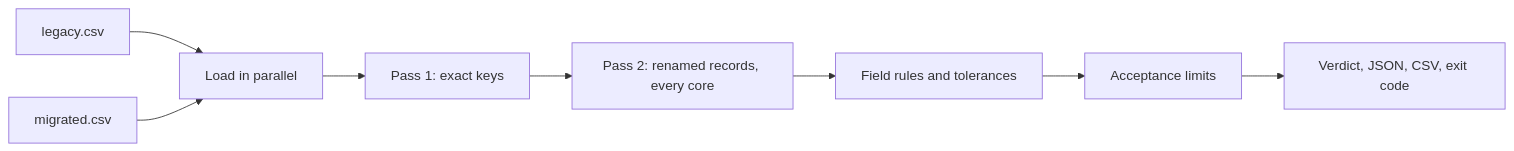
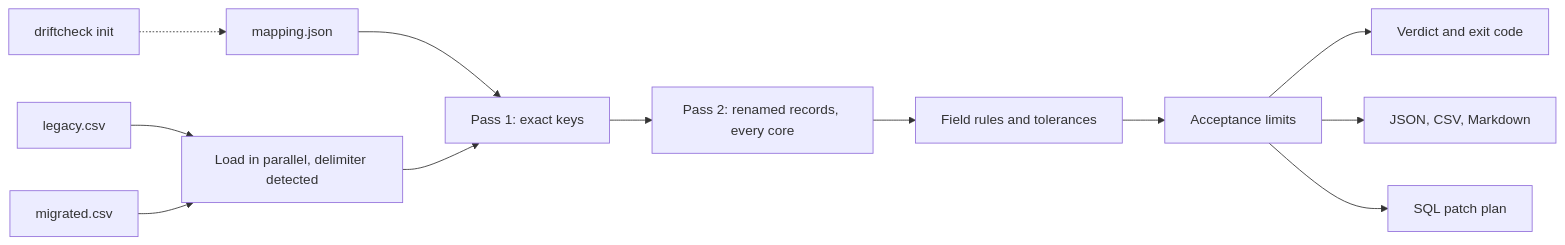
Before and after one commit to artyom129/driftcheck: the diagram in README.md, drawn with Mermaid. The commit also changed other lines of this file and 13 other files, not shown here.

First line of the commit message:
driftcheck 0.2.0: init, per-field breakdown, SQL patch plan, Markdown summary, delimiter detection

````diff
--- a/README.md
+++ b/README.md
@@ -76,10 +124,14 @@
 ```mermaid
 flowchart LR
-    A["legacy.csv"] --> L["Load in parallel"]
+    A["legacy.csv"] --> L["Load in parallel, delimiter detected"]
     B["migrated.csv"] --> L
+    I["driftcheck init"] -.-> C["mapping.json"]
+    C --> K
     L --> K["Pass 1: exact keys"]
     K --> F["Pass 2: renamed records, every core"]
     F --> D["Field rules and tolerances"]
     D --> G["Acceptance limits"]
-    G --> V["Verdict, JSON, CSV, exit code"]
+    G --> V["Verdict and exit code"]
+    G --> R["JSON, CSV, Markdown"]
+    G --> P["SQL patch plan"]
 ```
````
